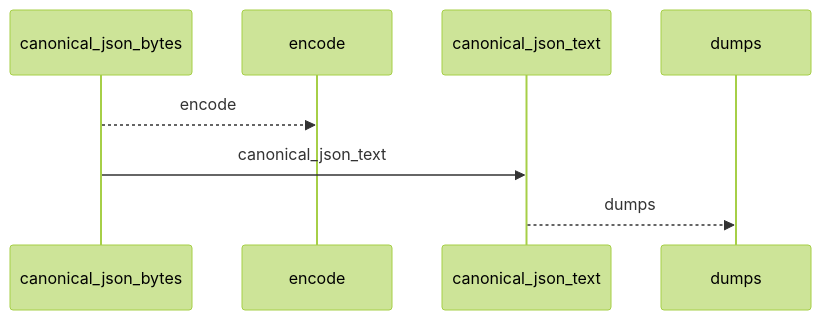
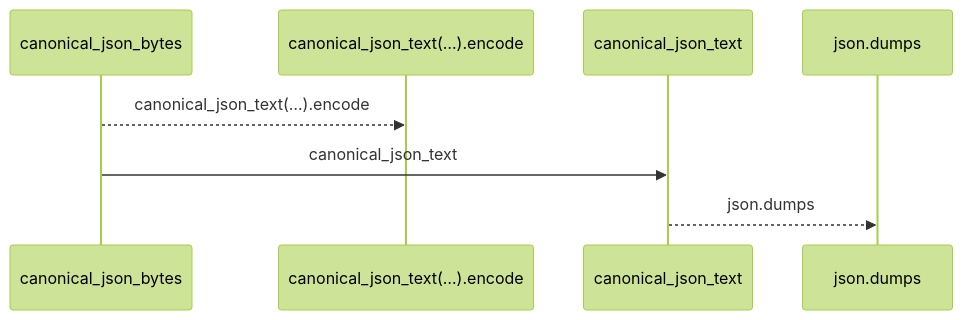
One commit to Denissvgn/python-wiki-llm changed the first of 2 diagrams in docs/llm_wiki/flows/api-canonical_json_bytes-knowledge_evidence.md. Above: the diagram before and after it, drawn with Mermaid (forest theme). The commit also changed other lines of this file and 719 other files, not shown here.

````diff
--- a/docs/llm_wiki/flows/api-canonical_json_bytes-knowledge_evidence.md
+++ b/docs/llm_wiki/flows/api-canonical_json_bytes-knowledge_evidence.md
@@ -10,10 +10,10 @@
 ```mermaid
 sequenceDiagram
     participant p0 as canonical_json_bytes
-    participant p1 as encode
+    participant p1 as canonical_json_text(…).encode
     participant p2 as canonical_json_text
-    participant p3 as dumps
-    p0-->>p1: encode
+    participant p3 as json.dumps
+    p0-->>p1: canonical_json_text(…).encode
     p0->>p2: canonical_json_text
-    p2-->>p3: dumps
+    p2-->>p3: json.dumps
 ```
````
